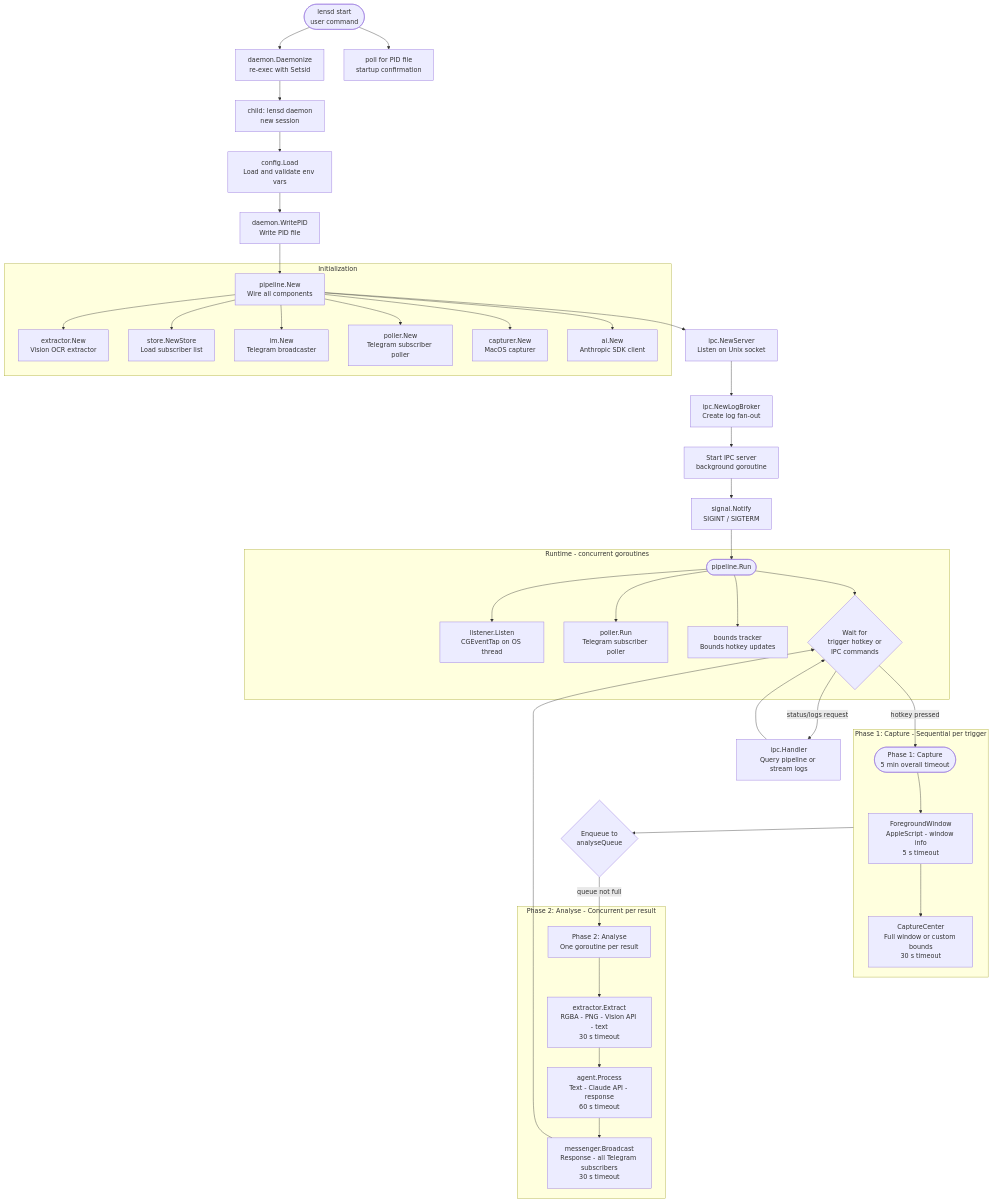
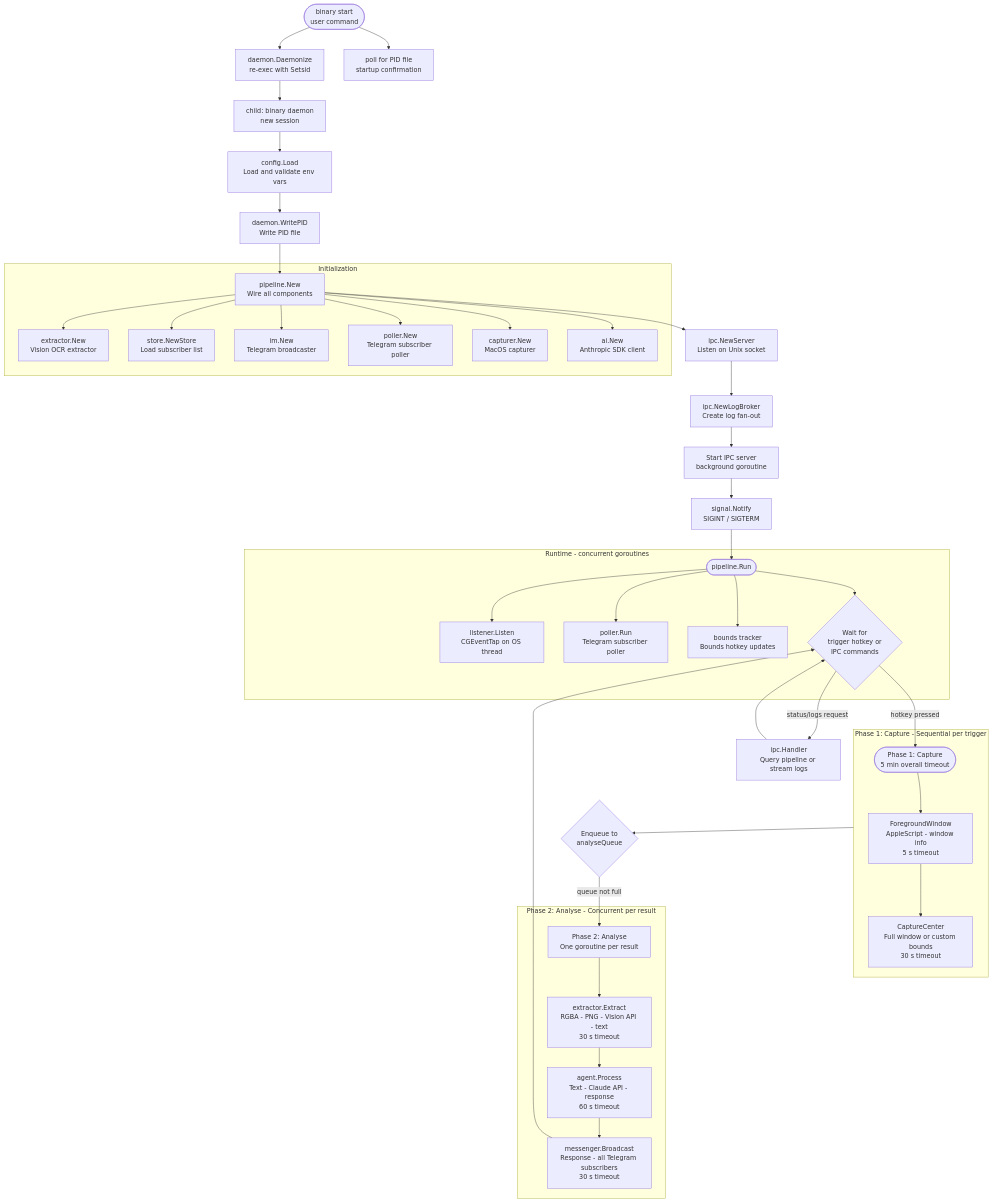
One commit to vdyalex/lens-daemon changed the first of 3 diagrams in docs/ARCHITECTURE.md. Above: the diagram before and after it, drawn with Mermaid. The commit also changed other lines of this file and 9 other files, not shown here.

````diff
--- a/docs/ARCHITECTURE.md
+++ b/docs/ARCHITECTURE.md
@@ -65,52 +65,52 @@
 ```mermaid
 flowchart TD
-    A([lensd start<br/>user command]) --> B[daemon.Daemonize<br/>re-exec with Setsid]
-    B --> C[child: lensd daemon<br/>new session]
+    A([binary start<br/>user command]) --> B[daemon.Daemonize<br/>re-exec with Setsid]
+    B --> C[child: binary daemon<br/>new session]
     A --> D[poll for PID file<br/>startup confirmation]
 
     C --> E[config.Load<br/>Load and validate env vars]
     E --> F[daemon.WritePID<br/>Write PID file]
     F --> G[pipeline.New<br/>Wire all components]
     G --> H[ipc.NewServer<br/>Listen on Unix socket]
 
     subgraph Init[Initialization]
         G --> I[extractor.New<br/>Vision OCR extractor]
         G --> J[store.NewStore<br/>Load subscriber list]
         G --> K[im.New<br/>Telegram broadcaster]
         G --> L[poller.New<br/>Telegram subscriber poller]
         G --> M[capturer.New<br/>MacOS capturer]
         G --> N[ai.New<br/>Anthropic SDK client]
     end
 
     H --> O[ipc.NewLogBroker<br/>Create log fan-out]
     O --> P[Start IPC server<br/>background goroutine]
     P --> Q[signal.Notify<br/>SIGINT / SIGTERM]
     Q --> R([pipeline.Run])
 
     subgraph Runtime[Runtime - concurrent goroutines]
         R --> S[listener.Listen<br/>CGEventTap on OS thread]
         R --> T[poller.Run<br/>Telegram subscriber poller]
         R --> U[bounds tracker<br/>Bounds hotkey updates]
         R --> V{Wait for<br/>trigger hotkey or<br/>IPC commands}
     end
 
     V -->|status/logs request| W[ipc.Handler<br/>Query pipeline or stream logs]
     V -->|hotkey pressed| X([Phase 1: Capture<br/>5 min overall timeout])
 
     subgraph Phase1[Phase 1: Capture - Sequential per trigger]
         X --> Y[ForegroundWindow<br/>AppleScript - window info<br/>5 s timeout]
         Y --> Z[CaptureCenter<br/>Full window or custom bounds<br/>30 s timeout]
     end
 
     Phase1 --> X2{Enqueue to<br/>analyseQueue}
     X2 -->|queue not full| X3[Phase 2: Analyse<br/>One goroutine per result]
 
     subgraph Phase2[Phase 2: Analyse - Concurrent per result]
         X3 --> AA[extractor.Extract<br/>RGBA - PNG - Vision API - text<br/>30 s timeout]
         AA --> AB[agent.Process<br/>Text - Claude API - response<br/>60 s timeout]
         AB --> AC[messenger.Broadcast<br/>Response - all Telegram subscribers<br/>30 s timeout]
     end
 
     AC --> V
     W --> V
 ```
````
